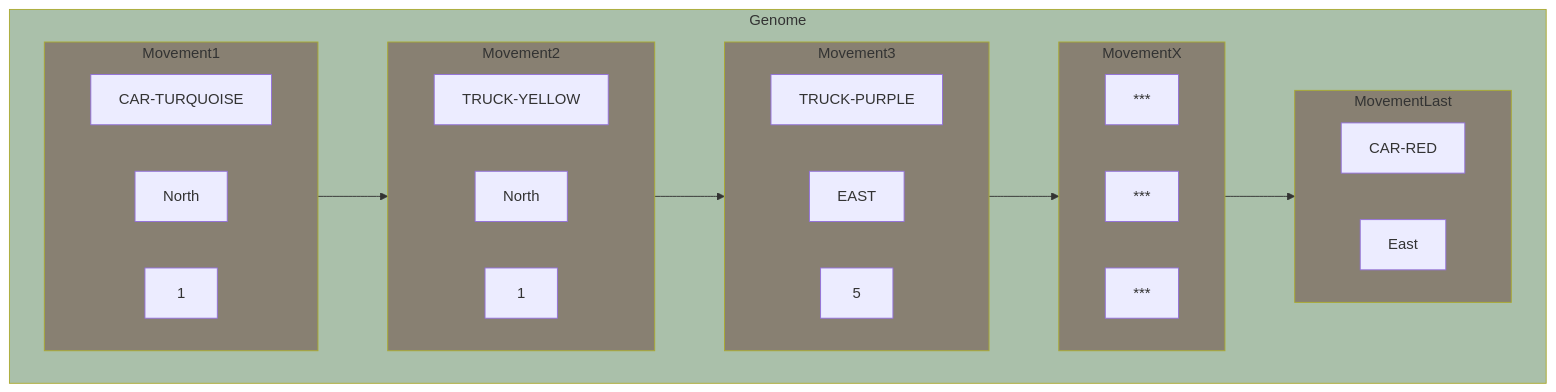
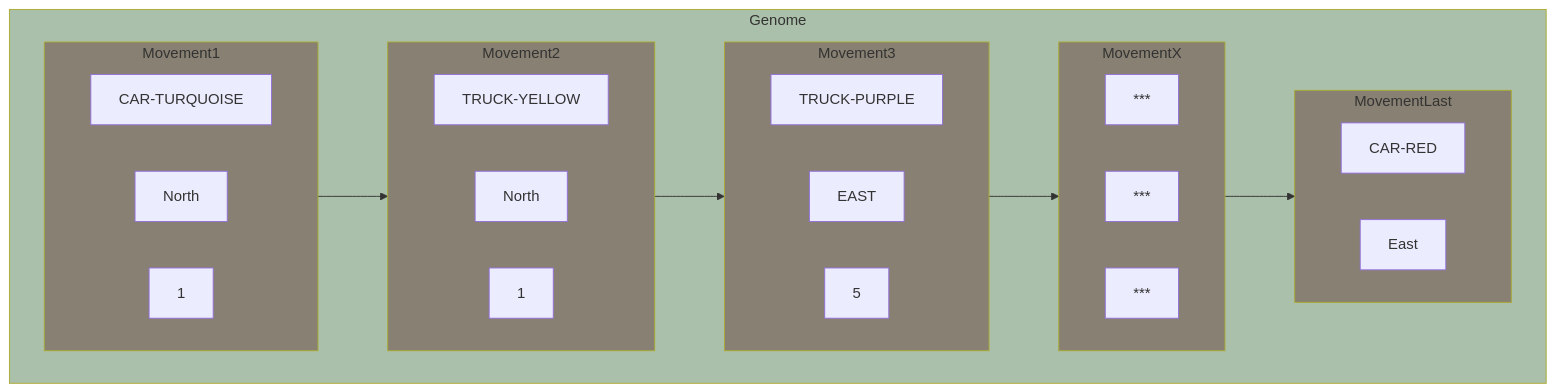
Before and after one commit to SergioOyaga/OnlineGamesExamples: the second of 6 diagrams in src/main/java/org/soyaga/examples/RushHour/README.md, drawn with Mermaid. The commit also changed other lines of this file, not shown here.

Commit message:
RushHour README adjust mermaid spaces

`````diff
--- a/src/main/java/org/soyaga/examples/RushHour/README.md
+++ b/src/main/java/org/soyaga/examples/RushHour/README.md
@@ -178,43 +178,43 @@
 ````mermaid
 flowchart LR
   subgraph  ide1 [Genome]
     direction LR
         subgraph ide2[Movement1]
             direction LR
             P1[CAR-TURQUOISE]
             M1[North]
-            D1["&nbsp;1&nbsp;"]
+            D1["1"]
         end
         subgraph ide3[Movement2]
             direction LR
             P2[TRUCK-YELLOW]
             M2[North]
-            D2["&nbsp;1&nbsp;"]
+            D2["1"]
         end
         subgraph ide4[Movement3]
             direction LR
             P3[TRUCK-PURPLE]
             M3[EAST]
-            D3["&nbsp;2&nbsp;"]
+            D3["2"]
         end
       subgraph ide5[MovementX]
           direction LR
           P4[***]
           M4[***]
           D4[***]
       end
       subgraph ide6[MovementLast]
           direction LR
           P5[CAR-RED]
           M5[East]
-          D3["&nbsp;5&nbsp;"]
+          D3["5"]
       end
       ide2-->ide3-->ide4-->ide5-->ide6
       style ide1 fill:#0405
       style ide2 fill:#4005
       style ide3 fill:#4005
       style ide4 fill:#4005
       style ide5 fill:#4005
       style ide6 fill:#4005
   end
 ````
`````
